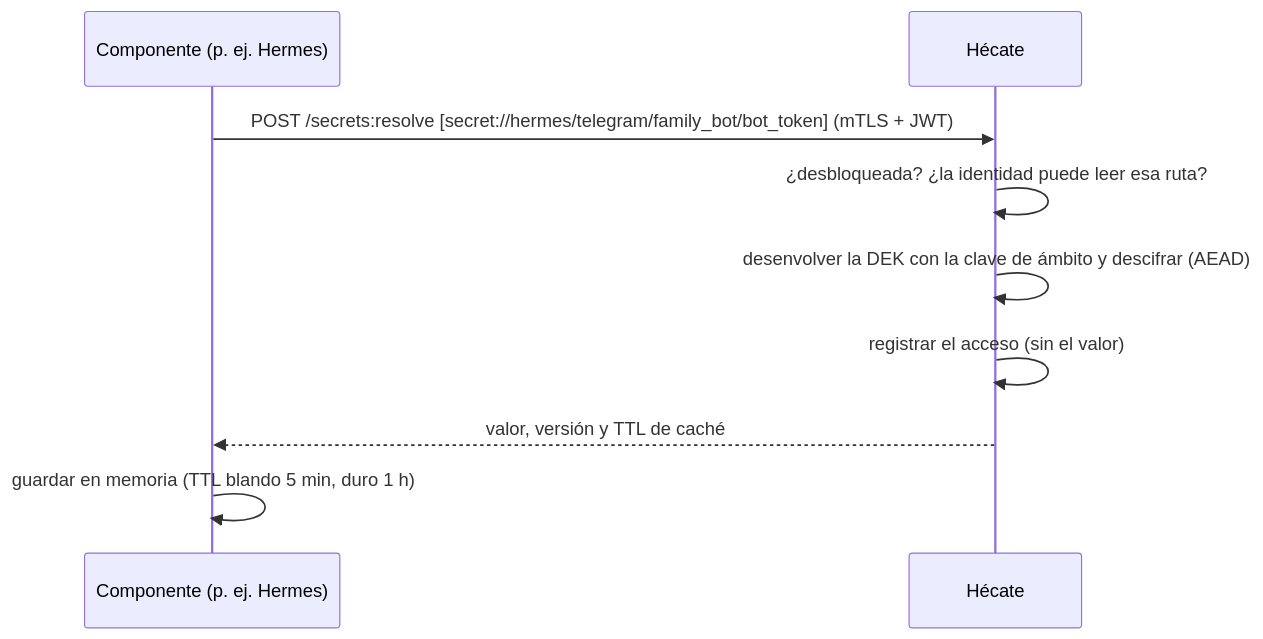
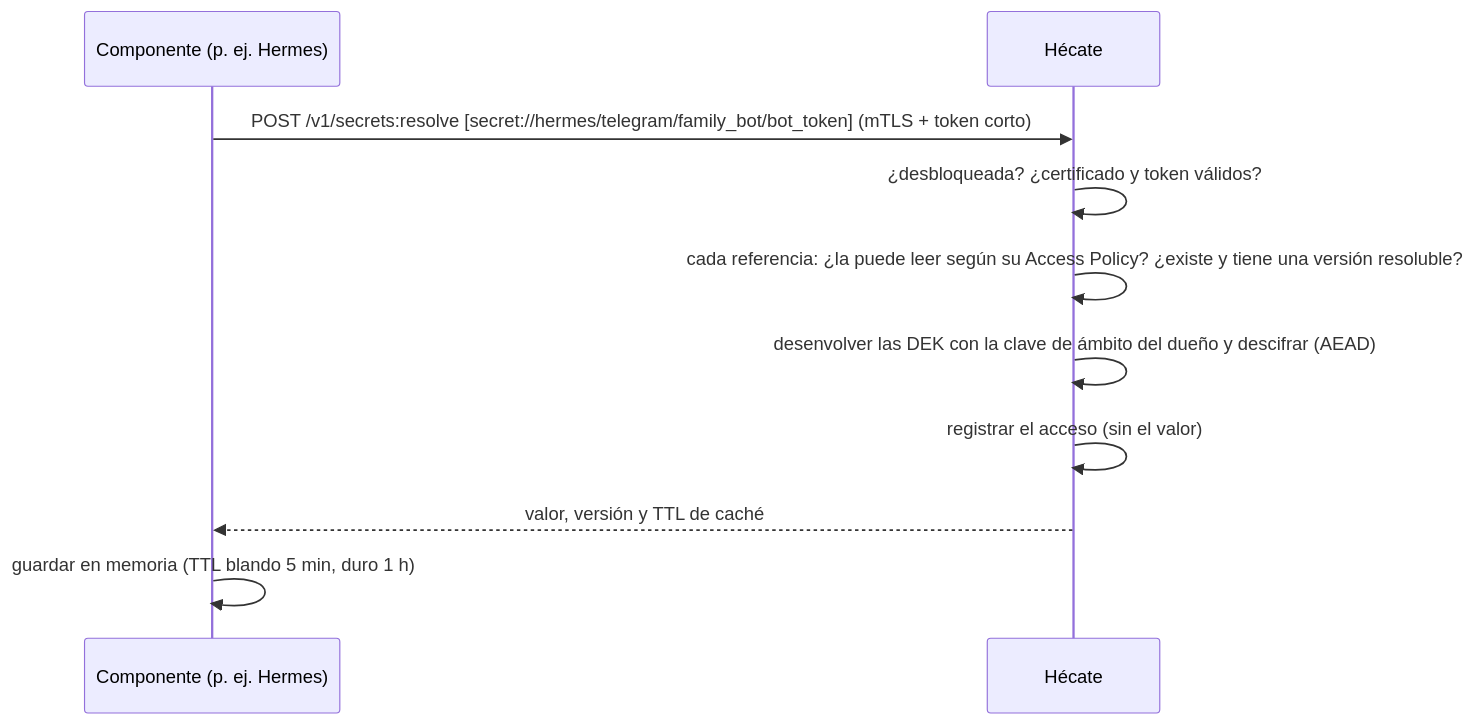
One commit to xandro30/Cerbero changed the fourth of 7 diagrams in docs/hecate.md. Above: the diagram before and after it, drawn with Mermaid. The commit also changed other lines of this file and 68 other files, not shown here.

````diff
--- a/docs/hecate.md
+++ b/docs/hecate.md
@@ -162,11 +171,12 @@
 ```mermaid
 sequenceDiagram
     participant C as Componente (p. ej. Hermes)
     participant K as Hécate
-    C->>K: POST /secrets:resolve [secret://hermes/telegram/family_bot/bot_token] (mTLS + JWT)
-    K->>K: ¿desbloqueada? ¿la identidad puede leer esa ruta?
-    K->>K: desenvolver la DEK con la clave de ámbito y descifrar (AEAD)
+    C->>K: POST /v1/secrets:resolve [secret://hermes/telegram/family_bot/bot_token] (mTLS + token corto)
+    K->>K: ¿desbloqueada? ¿certificado y token válidos?
+    K->>K: cada referencia: ¿la puede leer según su Access Policy? ¿existe y tiene una versión resoluble?
+    K->>K: desenvolver las DEK con la clave de ámbito del dueño y descifrar (AEAD)
     K->>K: registrar el acceso (sin el valor)
     K-->>C: valor, versión y TTL de caché
     C->>C: guardar en memoria (TTL blando 5 min, duro 1 h)
 ```
````
